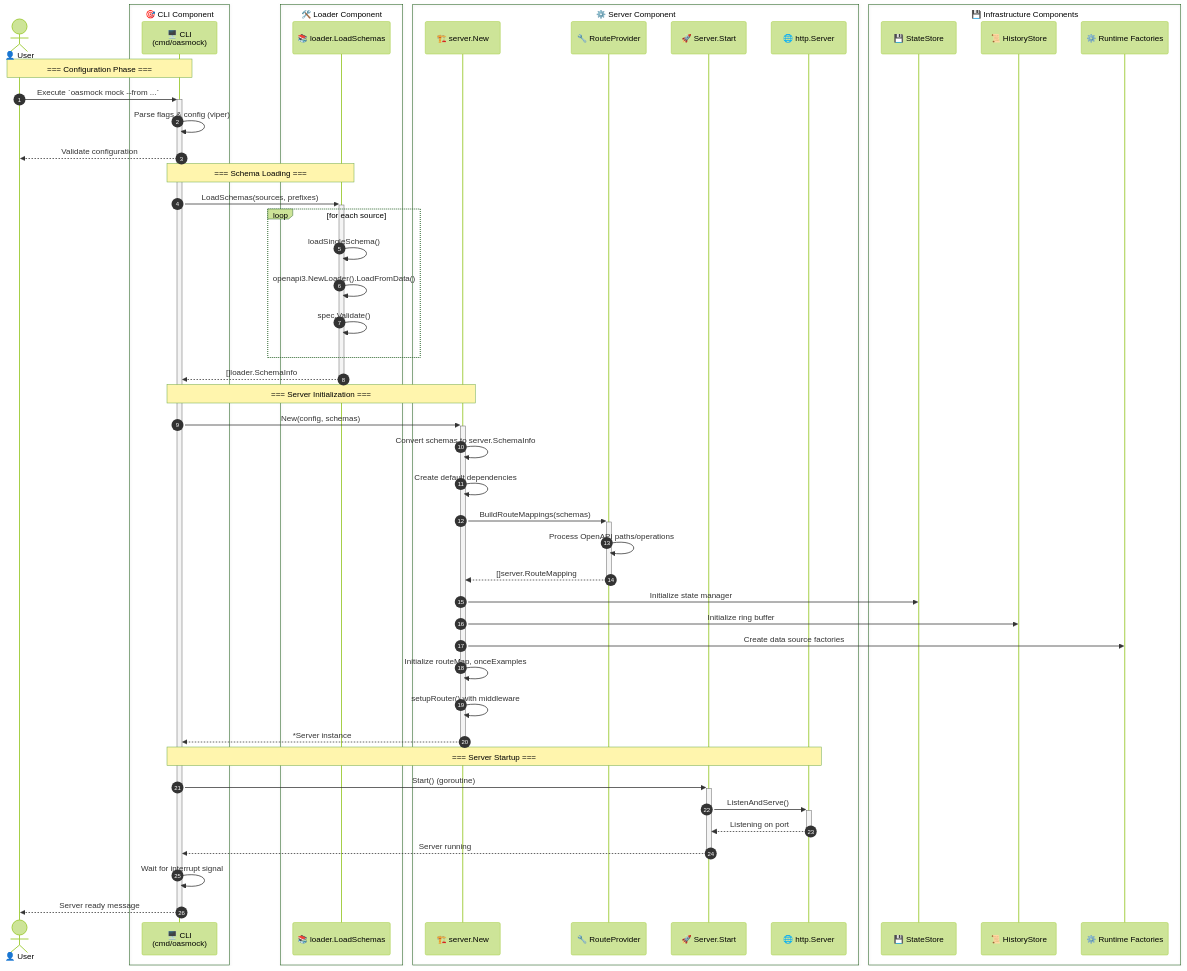
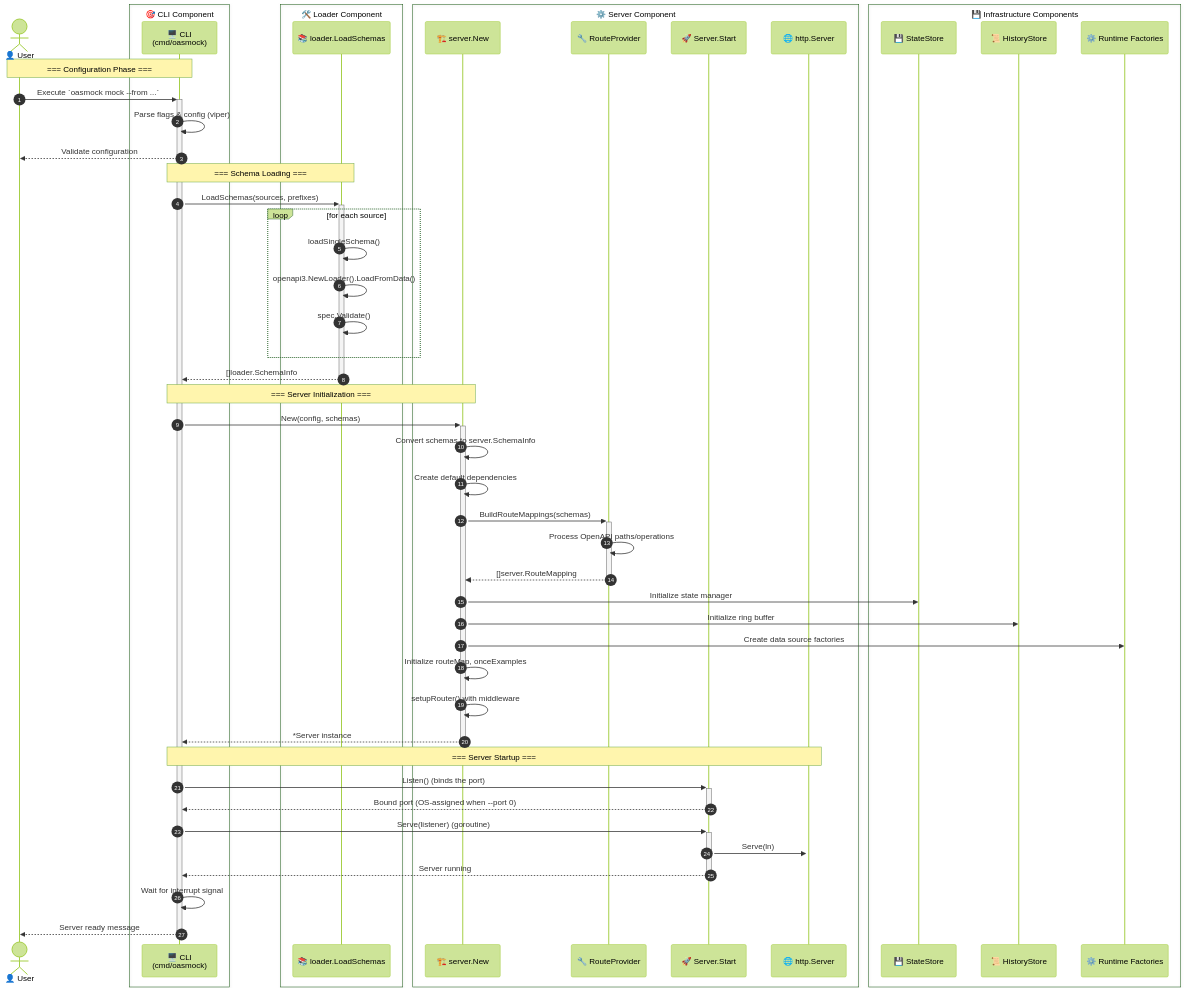
One commit to mamonth/oasmock changed the second of 4 diagrams in docs/architecture.md. Above: the diagram before and after it, drawn with Mermaid (forest theme). The commit also changed other lines of this file and 73 other files, not shown here.

````diff
--- a/docs/architecture.md
+++ b/docs/architecture.md
@@ -356,59 +361,60 @@
 ```mermaid
 sequenceDiagram
     autonumber
 
     actor User as 👤 User
     box 🎯 CLI Component
         participant CLI as 🖥️ CLI<br/>(cmd/oasmock)
     end
     box 🛠️ Loader Component
         participant Loader as 📚 loader.LoadSchemas
     end
     box ⚙️ Server Component
         participant ServerNew as 🏗️ server.New
         participant RouteProvider as 🔧 RouteProvider
         participant ServerStart as 🚀 Server.Start
         participant HTTPServer as 🌐 http.Server
     end
     box 💾 Infrastructure Components
         participant StateStore as 💾 StateStore
         participant HistoryStore as 📜 HistoryStore
         participant RuntimeFactories as ⚙️ Runtime Factories
     end
 
     Note over User,CLI: === Configuration Phase ===
     User->>+CLI: Execute `oasmock mock --from ...`
     CLI->>CLI: Parse flags & config (viper)
     CLI-->>User: Validate configuration
 
     Note over CLI,Loader: === Schema Loading ===
     CLI->>+Loader: LoadSchemas(sources, prefixes)
     loop for each source
         Loader->>Loader: loadSingleSchema()
         Loader->>Loader: openapi3.NewLoader().LoadFromData()
         Loader->>Loader: spec.Validate()
     end
     Loader-->>-CLI: []loader.SchemaInfo
 
     Note over CLI,ServerNew: === Server Initialization ===
     CLI->>+ServerNew: New(config, schemas)
     ServerNew->>ServerNew: Convert schemas to server.SchemaInfo
     ServerNew->>ServerNew: Create default dependencies
     ServerNew->>+RouteProvider: BuildRouteMappings(schemas)
     RouteProvider->>RouteProvider: Process OpenAPI paths/operations
     RouteProvider-->>-ServerNew: []server.RouteMapping
     ServerNew->>StateStore: Initialize state manager
     ServerNew->>HistoryStore: Initialize ring buffer
     ServerNew->>RuntimeFactories: Create data source factories
     ServerNew->>ServerNew: Initialize routeMap, onceExamples
     ServerNew->>ServerNew: setupRouter() with middleware
     ServerNew-->>-CLI: *Server instance
 
     Note over CLI,HTTPServer: === Server Startup ===
-    CLI->>+ServerStart: Start() (goroutine)
-    ServerStart->>+HTTPServer: ListenAndServe()
-    HTTPServer-->>-ServerStart: Listening on port
+    CLI->>+ServerStart: Listen() (binds the port)
+    ServerStart-->>-CLI: Bound port (OS-assigned when --port 0)
+    CLI->>+ServerStart: Serve(listener) (goroutine)
+    ServerStart->>+HTTPServer: Serve(ln)
     ServerStart-->>-CLI: Server running
     CLI->>CLI: Wait for interrupt signal
     CLI-->>-User: Server ready message
 ```
````
